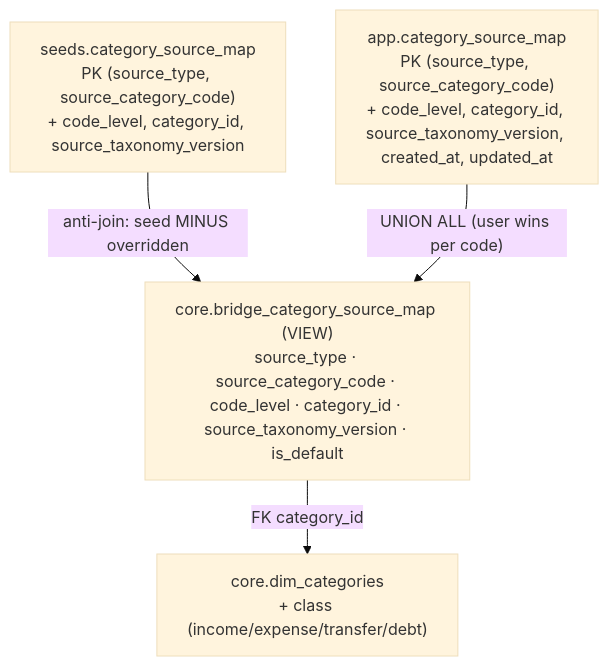
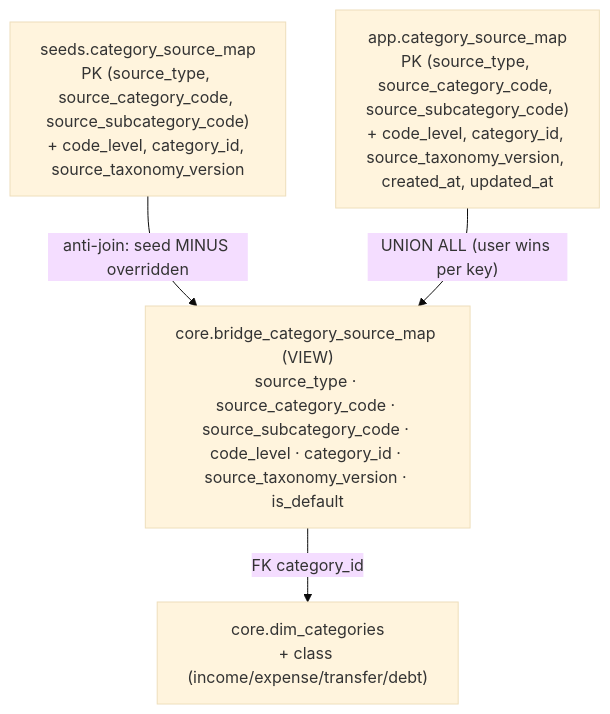
Before and after one commit to bsaffel/moneybin: the diagram in docs/specs/category-source-map.md, drawn with Mermaid (base theme). The commit also changed other lines of this file and 23 other files, not shown here.

````diff
--- a/docs/specs/category-source-map.md
+++ b/docs/specs/category-source-map.md
@@ -54,10 +54,10 @@
 ```mermaid
 flowchart TD
-    seed["seeds.category_source_map<br/>PK (source_type, source_category_code)<br/>+ code_level, category_id, source_taxonomy_version"]
-    app["app.category_source_map<br/>PK (source_type, source_category_code)<br/>+ code_level, category_id, source_taxonomy_version, created_at, updated_at"]
-    view["core.bridge_category_source_map (VIEW)<br/>source_type · source_category_code · code_level · category_id · source_taxonomy_version · is_default"]
+    seed["seeds.category_source_map<br/>PK (source_type, source_category_code, source_subcategory_code)<br/>+ code_level, category_id, source_taxonomy_version"]
+    app["app.category_source_map<br/>PK (source_type, source_category_code, source_subcategory_code)<br/>+ code_level, category_id, source_taxonomy_version, created_at, updated_at"]
+    view["core.bridge_category_source_map (VIEW)<br/>source_type · source_category_code · source_subcategory_code · code_level · category_id · source_taxonomy_version · is_default"]
     dim["core.dim_categories<br/>+ class (income/expense/transfer/debt)"]
     seed -- "anti-join: seed MINUS overridden" --> view
-    app -- "UNION ALL (user wins per code)" --> view
+    app -- "UNION ALL (user wins per key)" --> view
     view -- "FK category_id" --> dim
 ```
````
